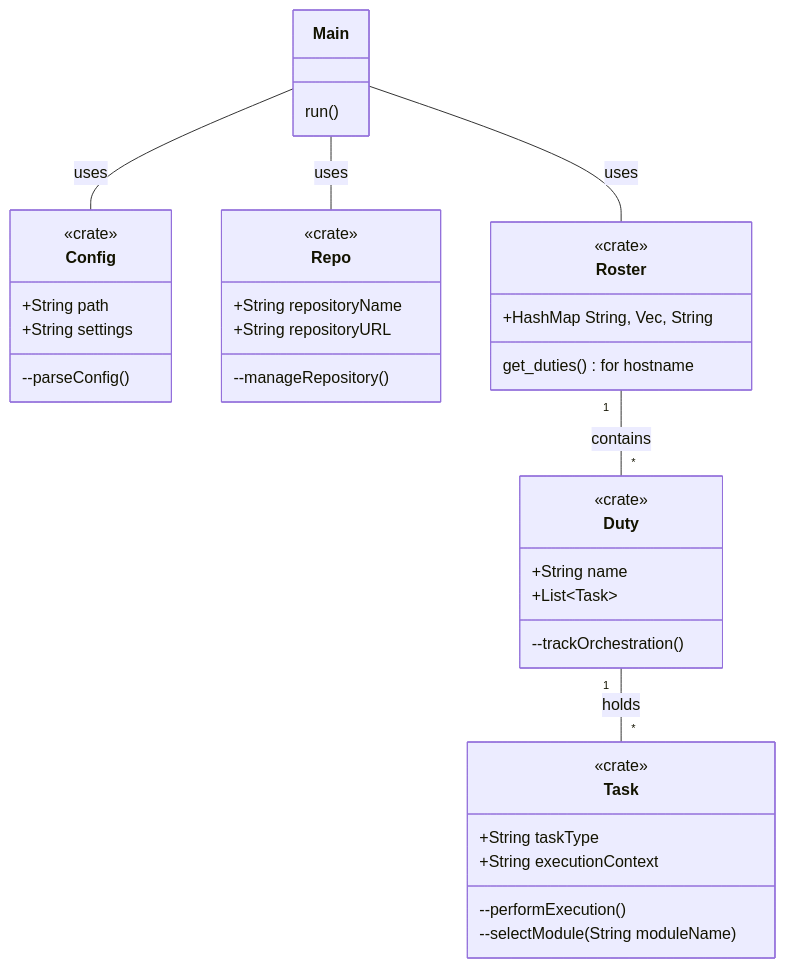
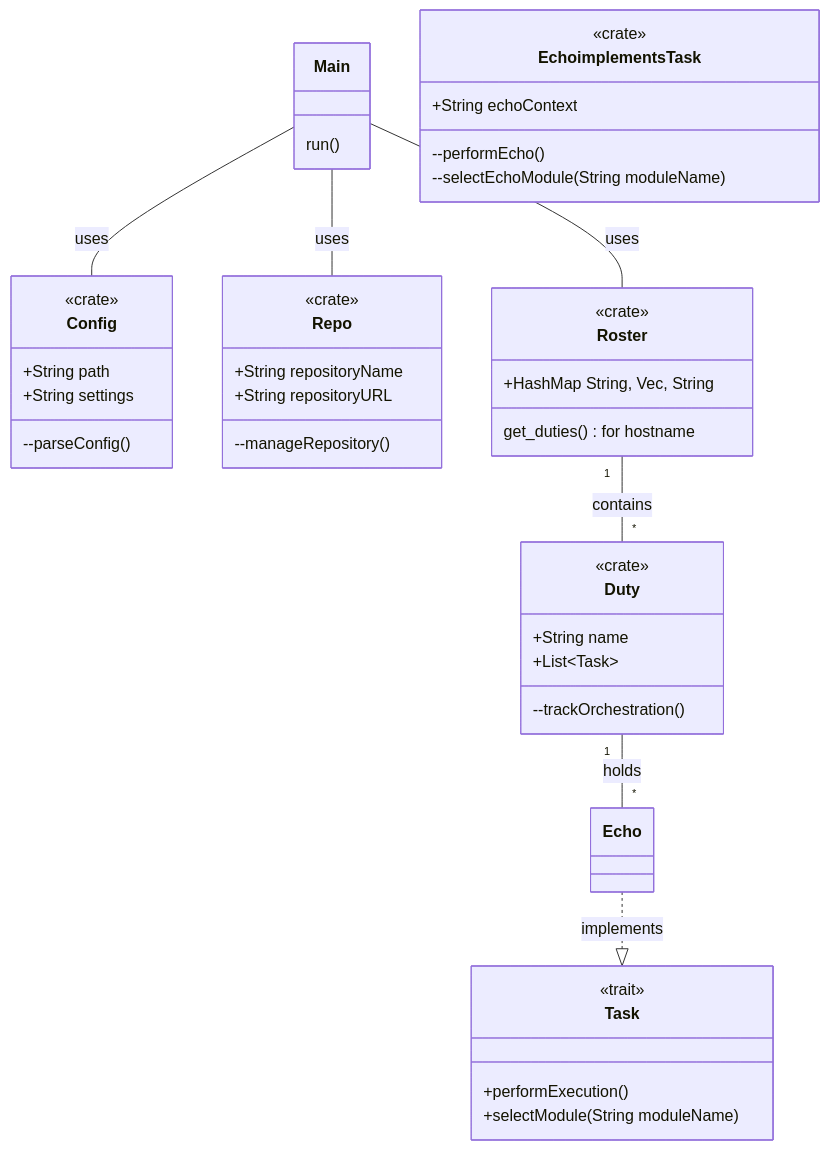
Before and after one commit to vangourd/g8r: the diagram in README.md, drawn with Mermaid. The commit also changed 9 other files, not shown here.

Commit message:
Further along in refactor for duty and task with TaskFactory and TaskConfig objects

````diff
--- a/README.md
+++ b/README.md
@@ -10,44 +10,47 @@
 ```mermaid
 classDiagram
     class Main {
         run()
     }
     class Config {
         <<crate>>
         +String path
         +String settings
         --parseConfig()
     }
     class Repo {
         <<crate>>
         +String repositoryName
         +String repositoryURL
         --manageRepository()
     }
     class Roster {
         <<crate>>
         +HashMap String, Vec, String
         get_duties() for hostname
     }
     class Duty {
         <<crate>>
         +String name
         +List~Task~
         --trackOrchestration()
     }
     class Task {
+        <<trait>>
+        +performExecution()
+        +selectModule(String moduleName)
+    }
+    class Echo implements Task {
         <<crate>>
-        +String taskType
-        +String executionContext
-        --performExecution()
-        --selectModule(String moduleName)
+        +String echoContext
+        --performEcho()
+        --selectEchoModule(String moduleName)
     }
 
     Main -- Config : uses
     Main -- Repo : uses
     Main -- Roster : uses
     Roster "1" -- "*" Duty : contains
-    Duty "1" -- "*" Task : holds
-
-
+    Duty "1" -- "*" Echo : holds
+    Echo ..|> Task : implements
 ```
````
